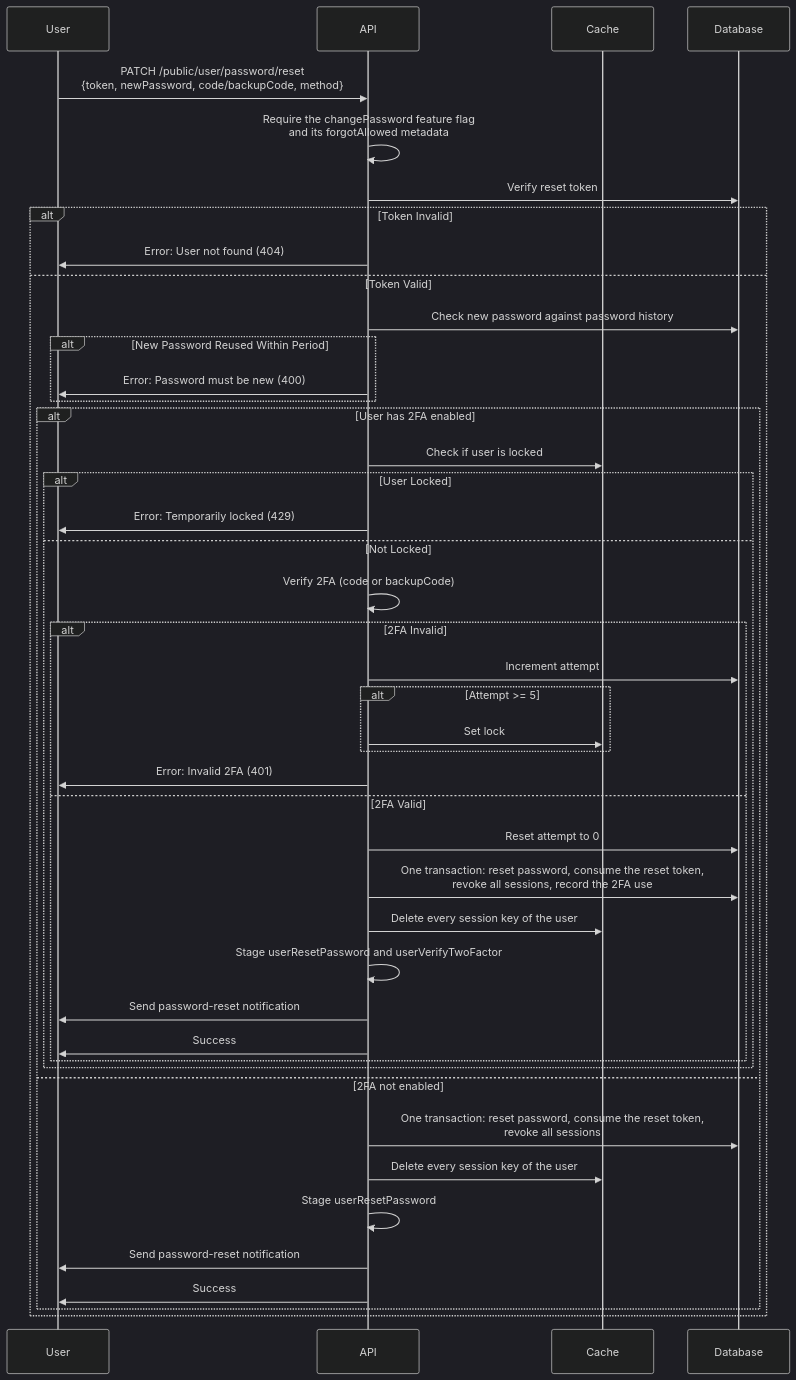
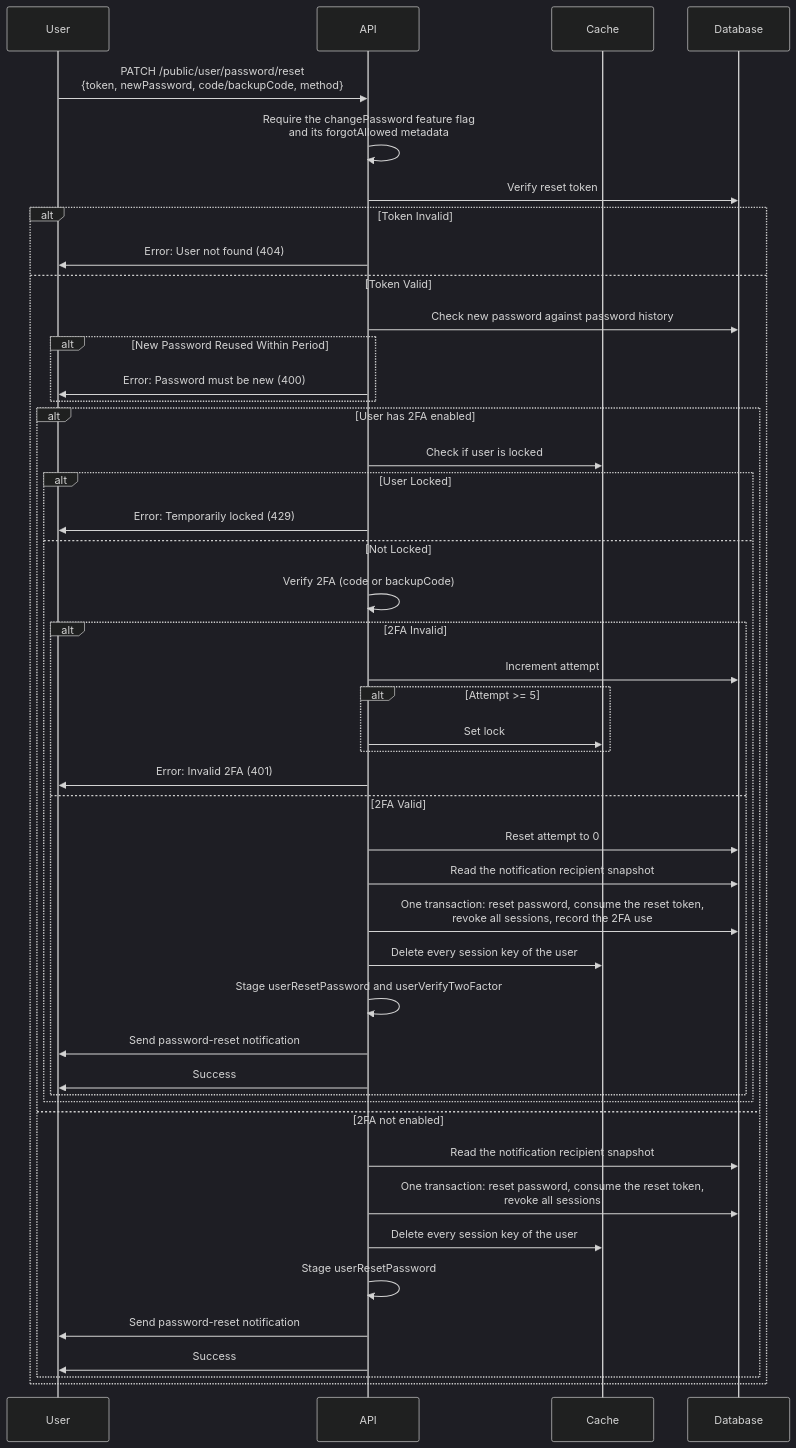
One commit to andrechristikan/ack-nestjs-boilerplate changed the eighth of 9 diagrams in docs/two-factor.md. Above: the diagram before and after it, drawn with Mermaid (dark theme). The commit also changed other lines of this file and 102 other files, not shown here.

Commit message:
feat(notification): Snapshot job recipients and preferences at enqueue

````diff
--- a/docs/two-factor.md
+++ b/docs/two-factor.md
@@ -547,47 +552,49 @@
 ```mermaid
 sequenceDiagram
     participant User
     participant API
     participant Cache
     participant Database
 
     User->>API: PATCH /public/user/password/reset<br/>{token, newPassword, code/backupCode, method}
     API->>API: Require the changePassword feature flag<br/>and its forgotAllowed metadata
     API->>Database: Verify reset token
     alt Token Invalid
         API->>User: Error: User not found (404)
     else Token Valid
         API->>Database: Check new password against password history
         alt New Password Reused Within Period
             API->>User: Error: Password must be new (400)
         end
         alt User has 2FA enabled
             API->>Cache: Check if user is locked
             alt User Locked
                 API->>User: Error: Temporarily locked (429)
             else Not Locked
                 API->>API: Verify 2FA (code or backupCode)
                 alt 2FA Invalid
                     API->>Database: Increment attempt
                     alt Attempt >= 5
                         API->>Cache: Set lock
                     end
                     API->>User: Error: Invalid 2FA (401)
                 else 2FA Valid
                     API->>Database: Reset attempt to 0
+                    API->>Database: Read the notification recipient snapshot
                     API->>Database: One transaction: reset password, consume the reset token,<br/>revoke all sessions, record the 2FA use
                     API->>Cache: Delete every session key of the user
                     API->>API: Stage userResetPassword and userVerifyTwoFactor
                     API->>User: Send password-reset notification
                     API->>User: Success
                 end
             end
         else 2FA not enabled
+            API->>Database: Read the notification recipient snapshot
             API->>Database: One transaction: reset password, consume the reset token,<br/>revoke all sessions
             API->>Cache: Delete every session key of the user
             API->>API: Stage userResetPassword
             API->>User: Send password-reset notification
             API->>User: Success
         end
     end
 ```
````
